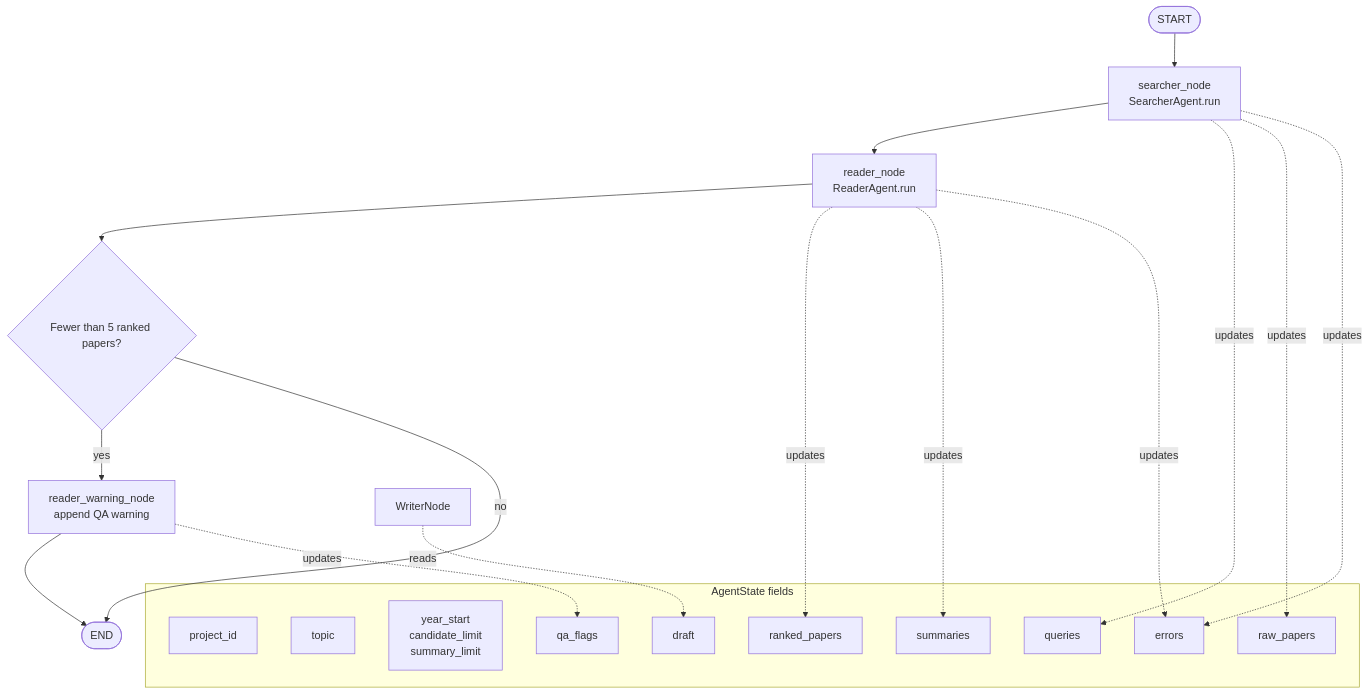
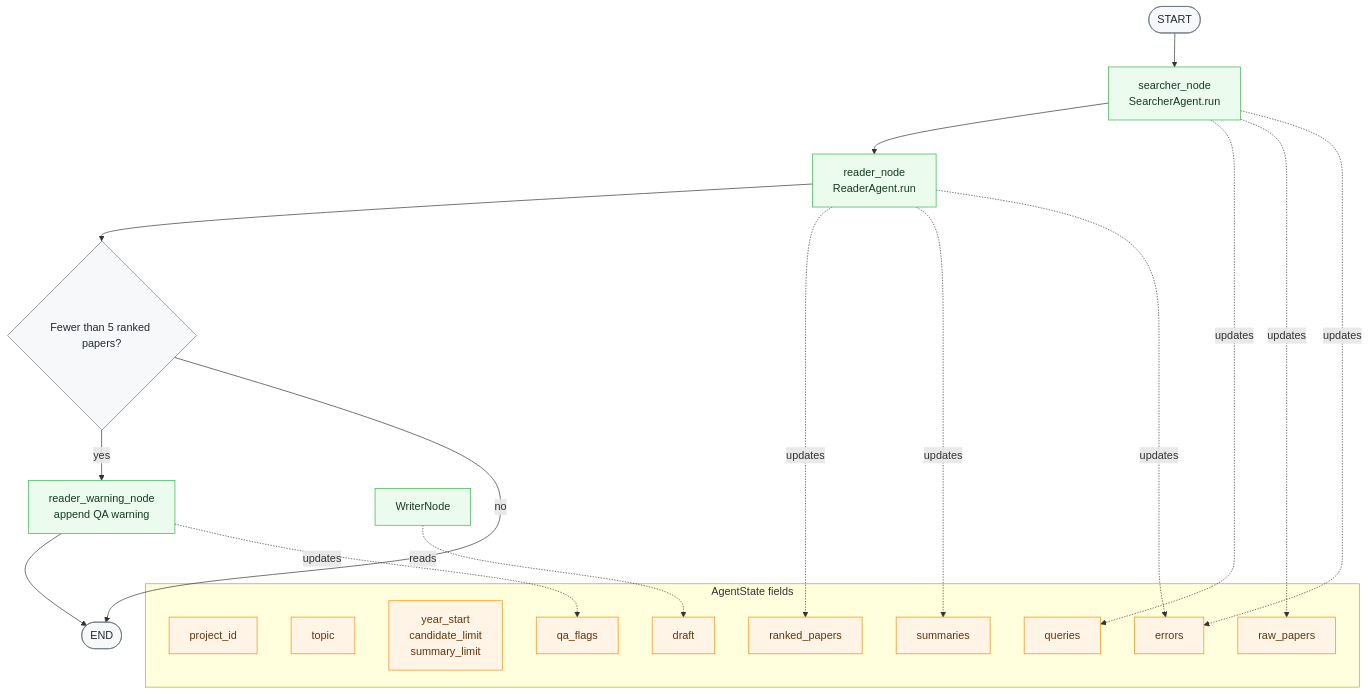
Before and after one commit to hungnt0406/confluex-AI-powered-research-workspace: the fifth of 13 diagrams in docs/backend-diagram.md, drawn with Mermaid. The commit also changed other lines of this file, not shown here.

Commit message:
docs: add styling classes to mermaid diagrams in backend-diagram.md

````diff
--- a/docs/backend-diagram.md
+++ b/docs/backend-diagram.md
@@ -293,31 +306,39 @@
 ```mermaid
 flowchart TB
+    classDef entry fill:#f6f8fa,stroke:#6e7781,color:#24292f;
+    classDef service fill:#ebfbee,stroke:#37b24d,color:#163b1f;
+    classDef state fill:#fff4e6,stroke:#f08c00,color:#5f370e;
+
     Start([START]) --> SearcherNode["searcher_node<br/>SearcherAgent.run"]
     SearcherNode --> ReaderNode["reader_node<br/>ReaderAgent.run"]
     ReaderNode --> Decision{"Fewer than 5 ranked papers?"}
     Decision -- yes --> WarningNode["reader_warning_node<br/>append QA warning"]
     Decision -- no --> End([END])
     WarningNode --> End
 
     subgraph State["AgentState fields"]
         StateProject["project_id"]
         StateTopic["topic"]
         StateLimits["year_start<br/>candidate_limit<br/>summary_limit"]
         StateQueries["queries"]
         StateRaw["raw_papers"]
         StateRanked["ranked_papers"]
         StateSummaries["summaries"]
         StateDraft["draft"]
         StateFlags["qa_flags"]
         StateErrors["errors"]
     end
 
     SearcherNode -. updates .-> StateQueries
     SearcherNode -. updates .-> StateRaw
     SearcherNode -. updates .-> StateErrors
     ReaderNode -. updates .-> StateRanked
     ReaderNode -. updates .-> StateSummaries
     ReaderNode -. updates .-> StateErrors
     WarningNode -. updates .-> StateFlags
     WriterNode -. reads .-> StateDraft
+
+    class Start,End,Decision entry;
+    class SearcherNode,ReaderNode,WarningNode,WriterNode service;
+    class StateProject,StateTopic,StateLimits,StateQueries,StateRaw,StateRanked,StateSummaries,StateDraft,StateFlags,StateErrors state;
 ```
````
